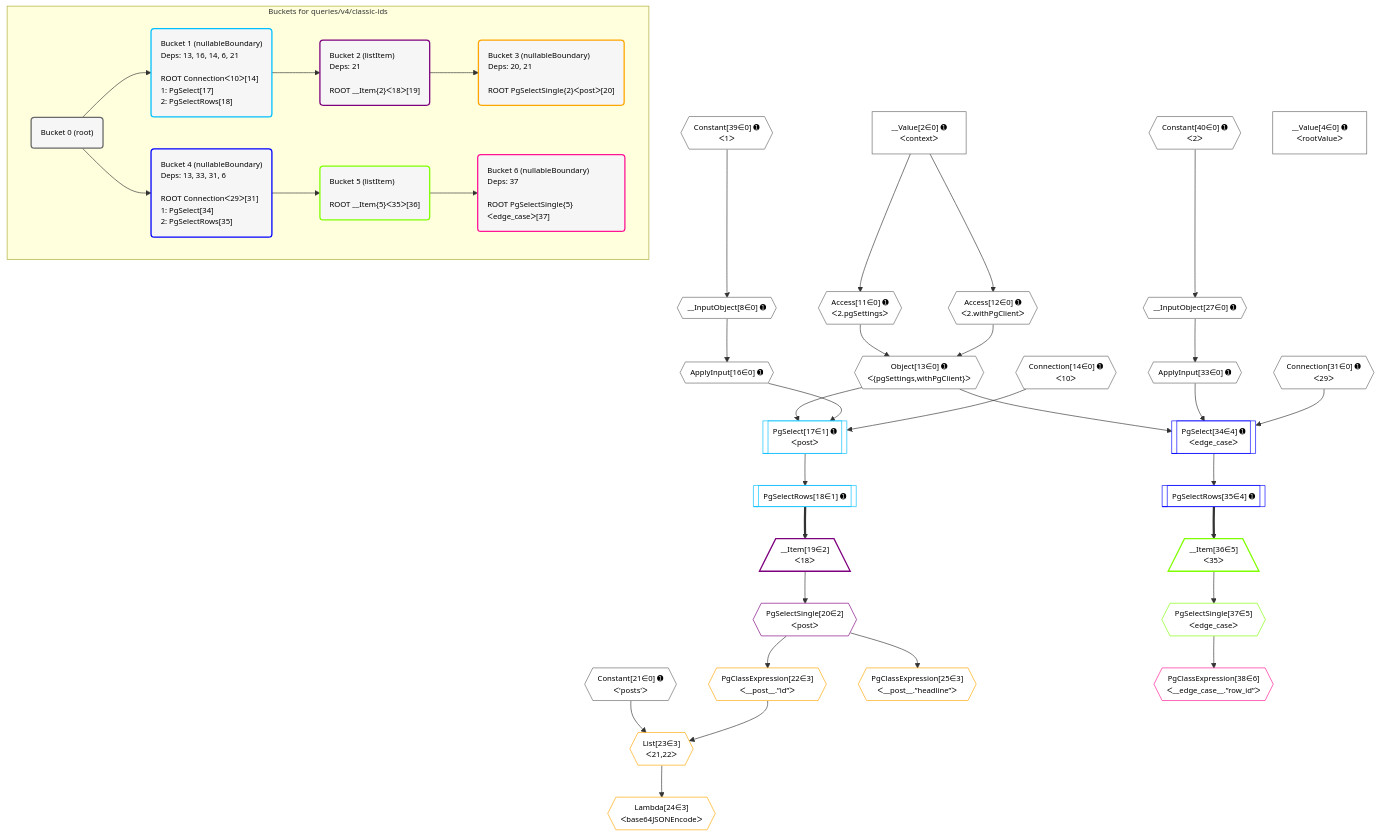
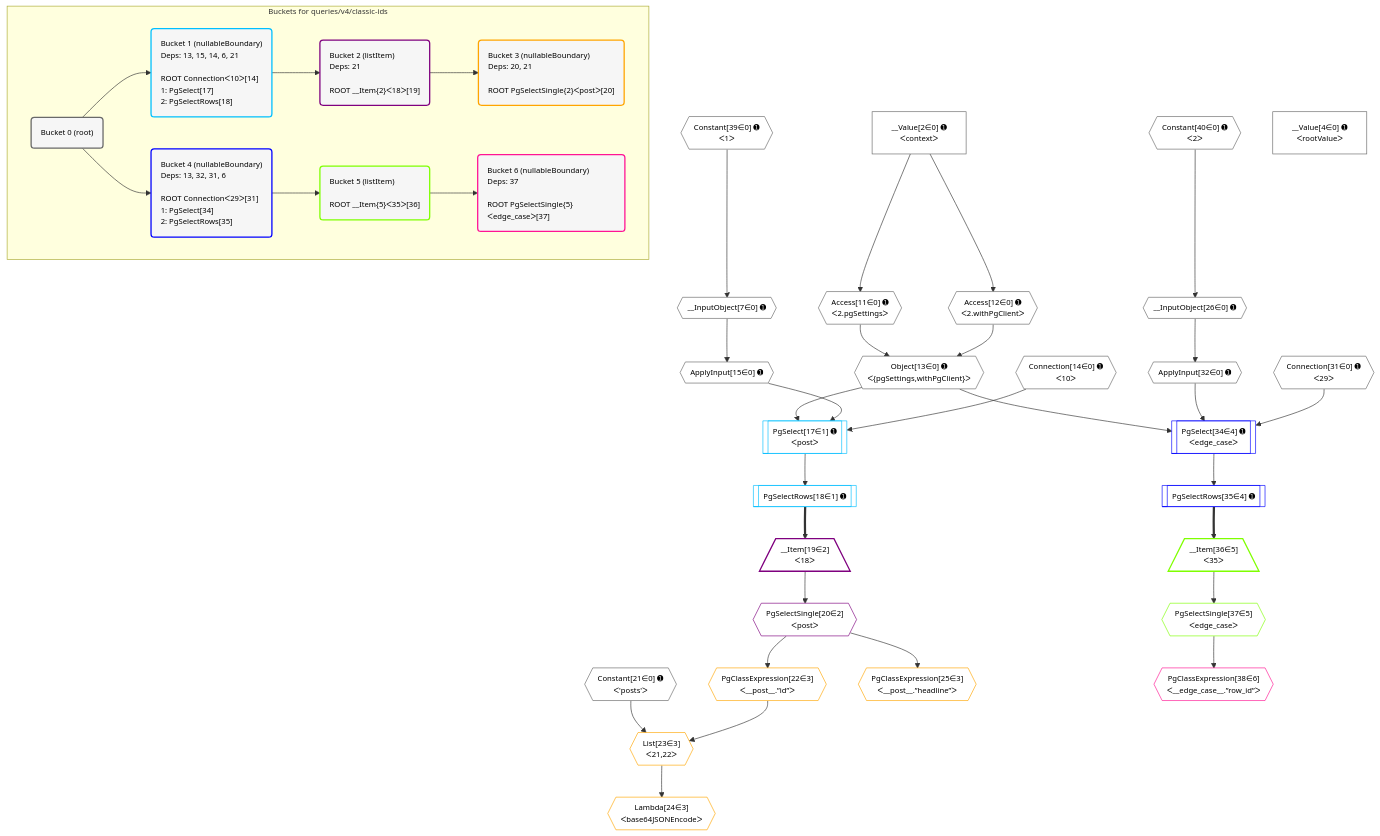
One commit to graphile/crystal changed the diagram in postgraphile/postgraphile/__tests__/queries/v4/classic-ids.mermaid. Above: the diagram before and after it, drawn with Mermaid. The commit also changed 79 other files, not shown here.

```diff
--- a/postgraphile/postgraphile/__tests__/queries/v4/classic-ids.mermaid
+++ b/postgraphile/postgraphile/__tests__/queries/v4/classic-ids.mermaid
@@ -1,89 +1,89 @@
 %%{init: {'themeVariables': { 'fontSize': '12px'}}}%%
 graph TD
     classDef path fill:#eee,stroke:#000,color:#000
     classDef plan fill:#fff,stroke-width:1px,color:#000
     classDef itemplan fill:#fff,stroke-width:2px,color:#000
     classDef unbatchedplan fill:#dff,stroke-width:1px,color:#000
     classDef sideeffectplan fill:#fcc,stroke-width:2px,color:#000
     classDef bucket fill:#f6f6f6,color:#000,stroke-width:2px,text-align:left
 
 
     %% plan dependencies
     Connection14{{"Connection[14∈0] ➊<br />ᐸ10ᐳ"}}:::plan
     Connection31{{"Connection[31∈0] ➊<br />ᐸ29ᐳ"}}:::plan
-    __InputObject8{{"__InputObject[8∈0] ➊"}}:::plan
+    __InputObject7{{"__InputObject[7∈0] ➊"}}:::plan
     Constant39{{"Constant[39∈0] ➊<br />ᐸ1ᐳ"}}:::plan
-    Constant39 --> __InputObject8
+    Constant39 --> __InputObject7
     Object13{{"Object[13∈0] ➊<br />ᐸ{pgSettings,withPgClient}ᐳ"}}:::plan
     Access11{{"Access[11∈0] ➊<br />ᐸ2.pgSettingsᐳ"}}:::plan
     Access12{{"Access[12∈0] ➊<br />ᐸ2.withPgClientᐳ"}}:::plan
     Access11 & Access12 --> Object13
-    __InputObject27{{"__InputObject[27∈0] ➊"}}:::plan
+    __InputObject26{{"__InputObject[26∈0] ➊"}}:::plan
     Constant40{{"Constant[40∈0] ➊<br />ᐸ2ᐳ"}}:::plan
-    Constant40 --> __InputObject27
+    Constant40 --> __InputObject26
     __Value2["__Value[2∈0] ➊<br />ᐸcontextᐳ"]:::plan
     __Value2 --> Access11
     __Value2 --> Access12
-    ApplyInput16{{"ApplyInput[16∈0] ➊"}}:::plan
-    __InputObject8 --> ApplyInput16
-    ApplyInput33{{"ApplyInput[33∈0] ➊"}}:::plan
-    __InputObject27 --> ApplyInput33
+    ApplyInput15{{"ApplyInput[15∈0] ➊"}}:::plan
+    __InputObject7 --> ApplyInput15
+    ApplyInput32{{"ApplyInput[32∈0] ➊"}}:::plan
+    __InputObject26 --> ApplyInput32
     __Value4["__Value[4∈0] ➊<br />ᐸrootValueᐳ"]:::plan
     Constant21{{"Constant[21∈0] ➊<br />ᐸ'posts'ᐳ"}}:::plan
     PgSelect17[["PgSelect[17∈1] ➊<br />ᐸpostᐳ"]]:::plan
-    Object13 & ApplyInput16 & Connection14 --> PgSelect17
+    Object13 & ApplyInput15 & Connection14 --> PgSelect17
     PgSelectRows18[["PgSelectRows[18∈1] ➊"]]:::plan
     PgSelect17 --> PgSelectRows18
     __Item19[/"__Item[19∈2]<br />ᐸ18ᐳ"\]:::itemplan
     PgSelectRows18 ==> __Item19
     PgSelectSingle20{{"PgSelectSingle[20∈2]<br />ᐸpostᐳ"}}:::plan
     __Item19 --> PgSelectSingle20
     List23{{"List[23∈3]<br />ᐸ21,22ᐳ"}}:::plan
     PgClassExpression22{{"PgClassExpression[22∈3]<br />ᐸ__post__.”id”ᐳ"}}:::plan
     Constant21 & PgClassExpression22 --> List23
     PgSelectSingle20 --> PgClassExpression22
     Lambda24{{"Lambda[24∈3]<br />ᐸbase64JSONEncodeᐳ"}}:::plan
     List23 --> Lambda24
     PgClassExpression25{{"PgClassExpression[25∈3]<br />ᐸ__post__.”headline”ᐳ"}}:::plan
     PgSelectSingle20 --> PgClassExpression25
     PgSelect34[["PgSelect[34∈4] ➊<br />ᐸedge_caseᐳ"]]:::plan
-    Object13 & ApplyInput33 & Connection31 --> PgSelect34
+    Object13 & ApplyInput32 & Connection31 --> PgSelect34
     PgSelectRows35[["PgSelectRows[35∈4] ➊"]]:::plan
     PgSelect34 --> PgSelectRows35
     __Item36[/"__Item[36∈5]<br />ᐸ35ᐳ"\]:::itemplan
     PgSelectRows35 ==> __Item36
     PgSelectSingle37{{"PgSelectSingle[37∈5]<br />ᐸedge_caseᐳ"}}:::plan
     __Item36 --> PgSelectSingle37
     PgClassExpression38{{"PgClassExpression[38∈6]<br />ᐸ__edge_case__.”row_id”ᐳ"}}:::plan
     PgSelectSingle37 --> PgClassExpression38
 
     %% define steps
 
     subgraph "Buckets for queries/v4/classic-ids"
     Bucket0("Bucket 0 (root)"):::bucket
     classDef bucket0 stroke:#696969
-    class Bucket0,__Value2,__Value4,__InputObject8,Access11,Access12,Object13,Connection14,ApplyInput16,Constant21,__InputObject27,Connection31,ApplyInput33,Constant39,Constant40 bucket0
-    Bucket1("Bucket 1 (nullableBoundary)<br />Deps: 13, 16, 14, 6, 21<br /><br />ROOT Connectionᐸ10ᐳ[14]<br />1: PgSelect[17]<br />2: PgSelectRows[18]"):::bucket
+    class Bucket0,__Value2,__Value4,__InputObject7,Access11,Access12,Object13,Connection14,ApplyInput15,Constant21,__InputObject26,Connection31,ApplyInput32,Constant39,Constant40 bucket0
+    Bucket1("Bucket 1 (nullableBoundary)<br />Deps: 13, 15, 14, 6, 21<br /><br />ROOT Connectionᐸ10ᐳ[14]<br />1: PgSelect[17]<br />2: PgSelectRows[18]"):::bucket
     classDef bucket1 stroke:#00bfff
     class Bucket1,PgSelect17,PgSelectRows18 bucket1
     Bucket2("Bucket 2 (listItem)<br />Deps: 21<br /><br />ROOT __Item{2}ᐸ18ᐳ[19]"):::bucket
     classDef bucket2 stroke:#7f007f
     class Bucket2,__Item19,PgSelectSingle20 bucket2
     Bucket3("Bucket 3 (nullableBoundary)<br />Deps: 20, 21<br /><br />ROOT PgSelectSingle{2}ᐸpostᐳ[20]"):::bucket
     classDef bucket3 stroke:#ffa500
     class Bucket3,PgClassExpression22,List23,Lambda24,PgClassExpression25 bucket3
-    Bucket4("Bucket 4 (nullableBoundary)<br />Deps: 13, 33, 31, 6<br /><br />ROOT Connectionᐸ29ᐳ[31]<br />1: PgSelect[34]<br />2: PgSelectRows[35]"):::bucket
+    Bucket4("Bucket 4 (nullableBoundary)<br />Deps: 13, 32, 31, 6<br /><br />ROOT Connectionᐸ29ᐳ[31]<br />1: PgSelect[34]<br />2: PgSelectRows[35]"):::bucket
     classDef bucket4 stroke:#0000ff
     class Bucket4,PgSelect34,PgSelectRows35 bucket4
     Bucket5("Bucket 5 (listItem)<br /><br />ROOT __Item{5}ᐸ35ᐳ[36]"):::bucket
     classDef bucket5 stroke:#7fff00
     class Bucket5,__Item36,PgSelectSingle37 bucket5
     Bucket6("Bucket 6 (nullableBoundary)<br />Deps: 37<br /><br />ROOT PgSelectSingle{5}ᐸedge_caseᐳ[37]"):::bucket
     classDef bucket6 stroke:#ff1493
     class Bucket6,PgClassExpression38 bucket6
     Bucket0 --> Bucket1 & Bucket4
     Bucket1 --> Bucket2
     Bucket2 --> Bucket3
     Bucket4 --> Bucket5
     Bucket5 --> Bucket6
     end
```
